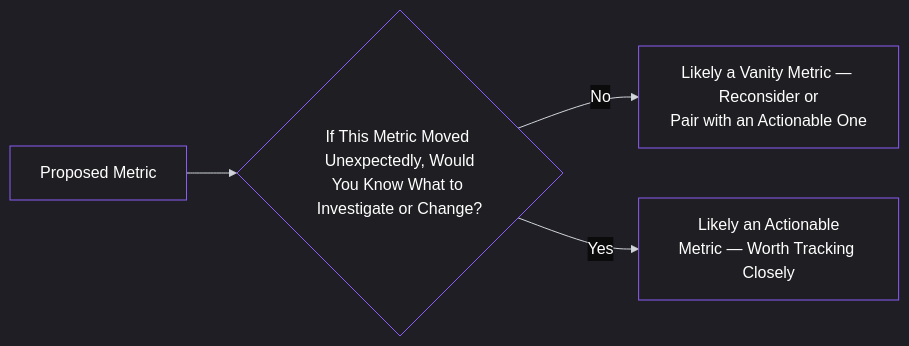
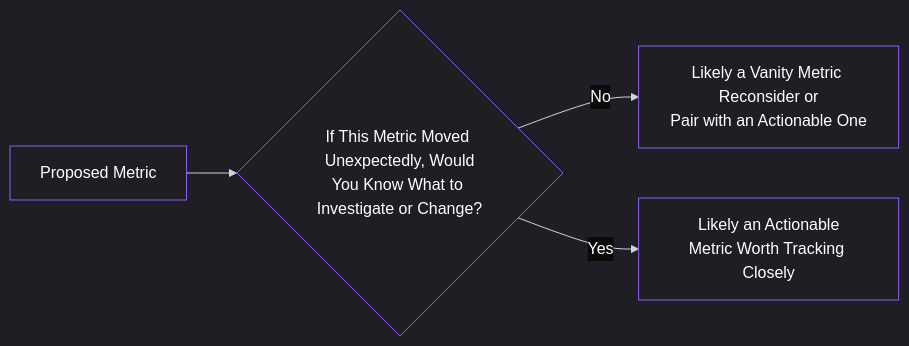
One commit to pmacademy-app/web changed the first of 3 diagrams in content/lessons/lesson-041.md. Above: the diagram before and after it, drawn with Mermaid. The commit also changed other lines of this file and 90 other files, not shown here.

````diff
--- a/content/lessons/lesson-041.md
+++ b/content/lessons/lesson-041.md
@@ -61,36 +61,36 @@
 ```mermaid
 %%{init: {
   "theme": "dark",
   "themeVariables": {
     "background": "#0b0b0c",
     "primaryColor": "#1f1f23",
     "primaryTextColor": "#ffffff",
     "primaryBorderColor": "#8b5cf6",
     "lineColor": "#d1d5db",
     "secondaryColor": "#18181b",
     "tertiaryColor": "#111111",
     "mainBkg": "#1f1f23",
     "nodeBorder": "#8b5cf6",
     "clusterBkg": "#000000",
     "clusterBorder": "#27272a",
     "titleColor": "#ffffff",
     "edgeLabelBackground": "#0b0b0c",
     "nodeTextColor": "#ffffff",
     "edgeLabelColor": "#ffffff",
     "actorBorder": "#8b5cf6",
     "actorBkg": "#1f1f23",
     "actorTextColor": "#ffffff",
     "sequenceNumberColor": "#ffffff",
     "signalColor": "#8b5cf6",
     "signalTextColor": "#ffffff",
     "textColor": "#ffffff",
     "classText": "#ffffff",
     "classBorder": "#8b5cf6",
     "classBkg": "#1f1f23"
   }
 }}%%
 graph LR
     A[Proposed Metric] --> B{If This Metric Moved Unexpectedly, Would<br/>You Know What to Investigate or Change?}
-    B -->|No| C[Likely a Vanity Metric — Reconsider or<br/>Pair with an Actionable One]
-    B -->|Yes| D[Likely an Actionable<br/>Metric — Worth Tracking Closely]
+    B -->|No| C[Likely a Vanity Metric Reconsider or<br/>Pair with an Actionable One]
+    B -->|Yes| D[Likely an Actionable<br/>Metric Worth Tracking Closely]
 ```
````
